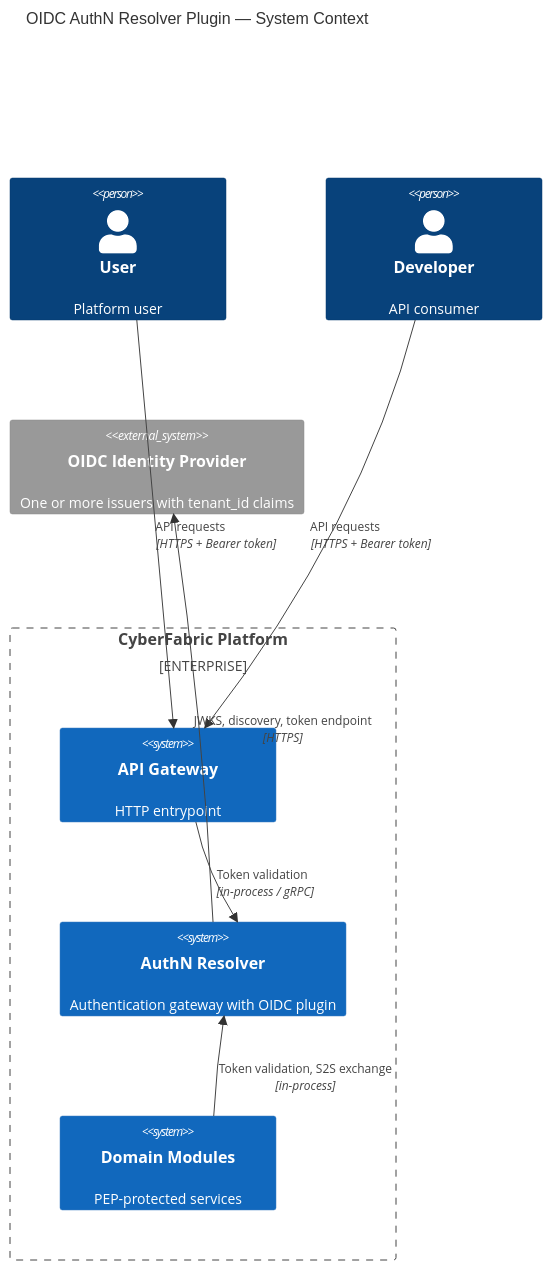
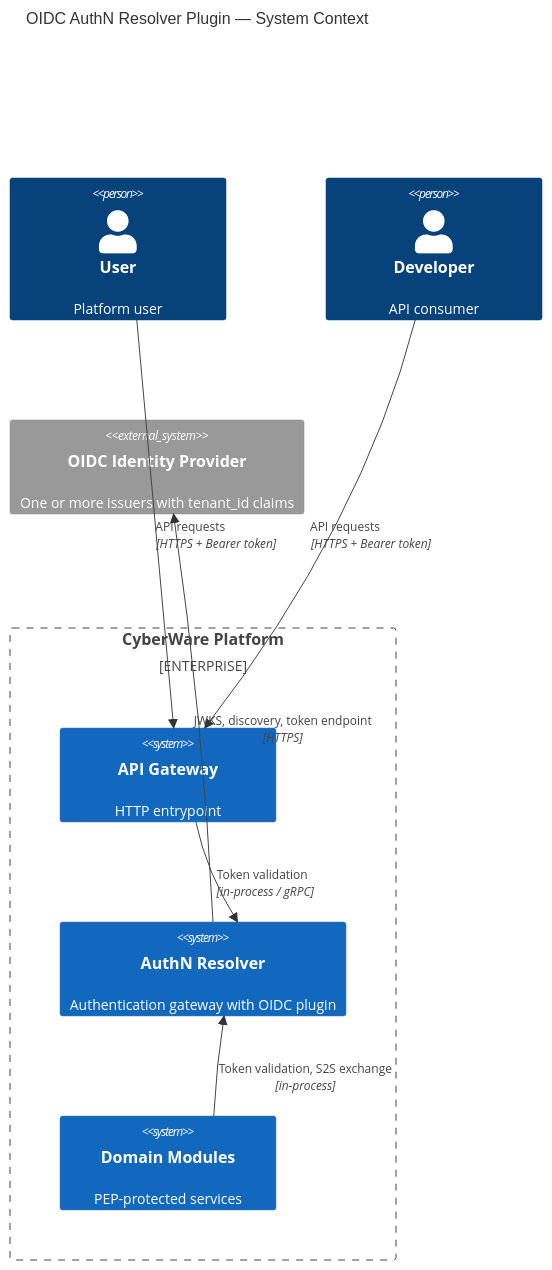
Before and after one commit to aviator5/hyperspot: the first of 9 diagrams in modules/system/authn-resolver/plugins/oidc-authn-plugin/docs/DESIGN.md, drawn with Mermaid. The commit also changed other lines of this file and 350 other files, not shown here.

Commit message:
MAJOR: keep CyberFabric name for vendor name and use CyberWare for the middleware

````diff
--- a/modules/system/authn-resolver/plugins/oidc-authn-plugin/docs/DESIGN.md
+++ b/modules/system/authn-resolver/plugins/oidc-authn-plugin/docs/DESIGN.md
@@ -54,21 +54,21 @@
 ```mermaid
 C4Context
     title OIDC AuthN Resolver Plugin — System Context
 
     Person(user, "User", "Platform user")
     Person(dev, "Developer", "API consumer")
 
-    Enterprise_Boundary(platform, "CyberFabric Platform") {
+    Enterprise_Boundary(platform, "CyberWare Platform") {
         System(gateway, "API Gateway", "HTTP entrypoint")
         System(authn, "AuthN Resolver", "Authentication gateway with OIDC plugin")
         System(modules, "Domain Modules", "PEP-protected services")
     }
 
     System_Ext(idp, "OIDC Identity Provider", "One or more issuers with tenant_id claims")
 
     Rel(user, gateway, "API requests", "HTTPS + Bearer token")
     Rel(dev, gateway, "API requests", "HTTPS + Bearer token")
     Rel(gateway, authn, "Token validation", "in-process / gRPC")
     Rel(authn, idp, "JWKS, discovery, token endpoint", "HTTPS")
     Rel(modules, authn, "Token validation, S2S exchange", "in-process")
 ```
````
